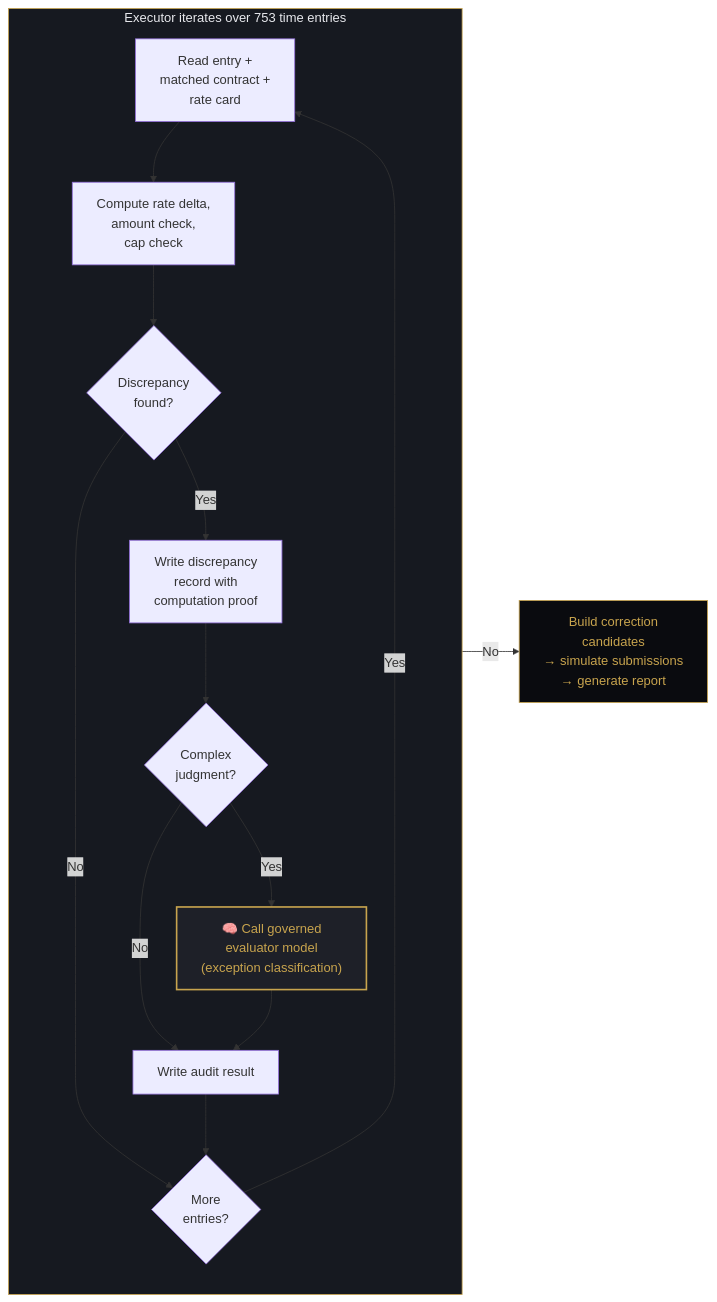
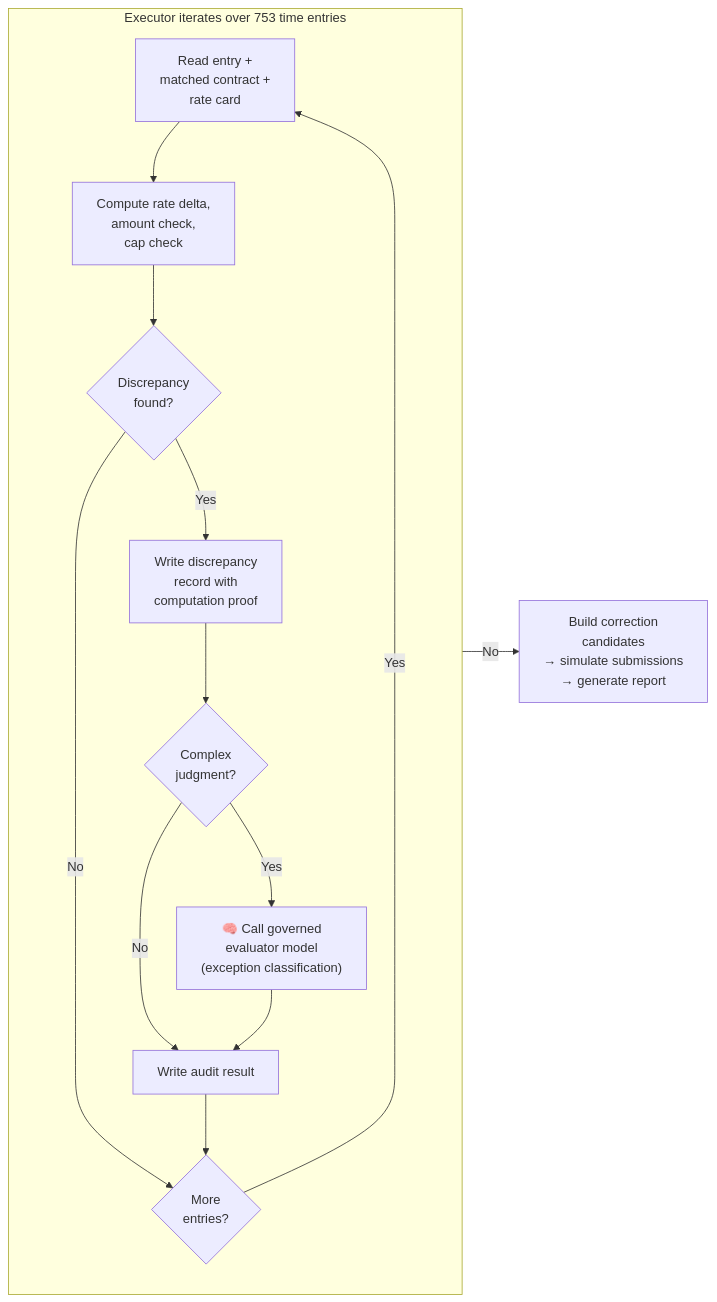
The fifth of 10 diagrams in docs/diagrams-draft.md (amadalis-ai/forge-architecture), drawn with Mermaid before and after one commit. The commit also changed other lines of this file, not shown here.

Commit message:
Remove custom dark styling from diagrams — use GitHub default theme for visibility

````diff
--- a/docs/diagrams-draft.md
+++ b/docs/diagrams-draft.md
@@ -155,30 +131,26 @@
 ```mermaid
 flowchart LR
     subgraph LOOP["Executor iterates over 753 time entries"]
         direction TB
         B1["Read entry +\nmatched contract +\nrate card"]
         B2["Compute rate delta,\namount check,\ncap check"]
         B3{"Discrepancy\nfound?"}
         B4["Write discrepancy\nrecord with\ncomputation proof"]
         B5{"Complex\njudgment?"}
         B6["🧠 Call governed\nevaluator model\n(exception classification)"]
         B7["Write audit result"]
         B8{"More\nentries?"}
 
         B1 --> B2 --> B3
         B3 -->|No| B8
         B3 -->|Yes| B4 --> B5
         B5 -->|No| B7
         B5 -->|Yes| B6 --> B7
         B7 --> B8
         B8 -->|Yes| B1
     end
 
     RPT["Build correction\ncandidates\n→ simulate submissions\n→ generate report"]
 
     B8 -->|No| RPT
-
-    style LOOP fill:#161920,stroke:#c8a44e,color:#e8e9ed
-    style B6 fill:#1e2028,stroke:#c8a44e,color:#c8a44e,stroke-width:2px
-    style RPT fill:#0a0b0f,stroke:#c8a44e,color:#c8a44e
 ```
````
